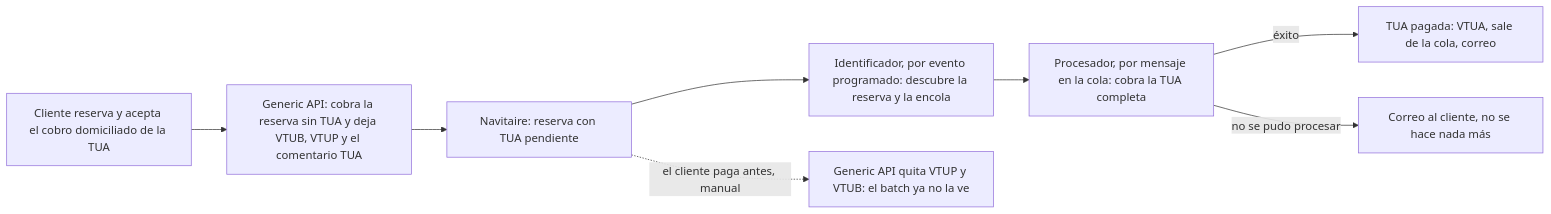
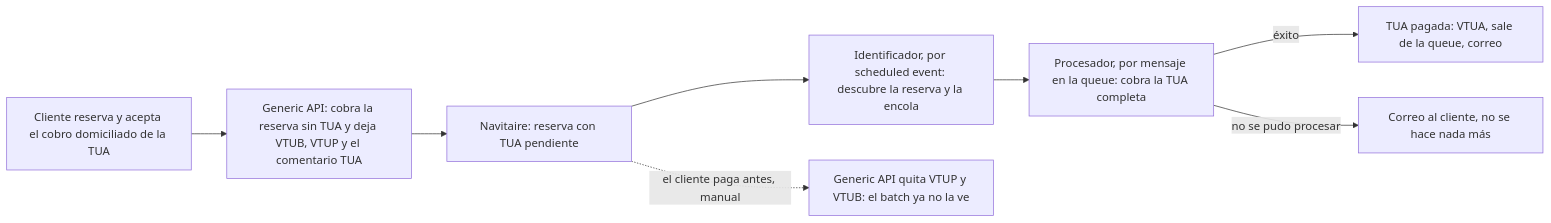
One commit to didierfrancogomez/propuestas changed the first of 8 diagrams in viva/propuestas/scheduled-payment/analisis.md. Above: the diagram before and after it, drawn with Mermaid. The commit also changed other lines of this file and 8 other files, not shown here.

Commit message:
pago programado: términos técnicos en inglés, event-driven architecture y tiempo y costo en equipo de trabajo

````diff
--- a/viva/propuestas/scheduled-payment/analisis.md
+++ b/viva/propuestas/scheduled-payment/analisis.md
@@ -117,10 +117,10 @@
 ```mermaid
 flowchart LR
   A["Cliente reserva y acepta el cobro domiciliado de la TUA"] --> B["Generic API: cobra la reserva sin TUA y deja VTUB, VTUP y el comentario TUA"]
   B --> C["Navitaire: reserva con TUA pendiente"]
-  C --> D["Identificador, por evento programado: descubre la reserva y la encola"]
-  D --> E["Procesador, por mensaje en la cola: cobra la TUA completa"]
-  E -->|"éxito"| F["TUA pagada: VTUA, sale de la cola, correo"]
+  C --> D["Identificador, por scheduled event: descubre la reserva y la encola"]
+  D --> E["Procesador, por mensaje en la queue: cobra la TUA completa"]
+  E -->|"éxito"| F["TUA pagada: VTUA, sale de la queue, correo"]
   E -->|"no se pudo procesar"| H["Correo al cliente, no se hace nada más"]
   C -.->|"el cliente paga antes, manual"| X["Generic API quita VTUP y VTUB: el batch ya no la ve"]
 ```
````
